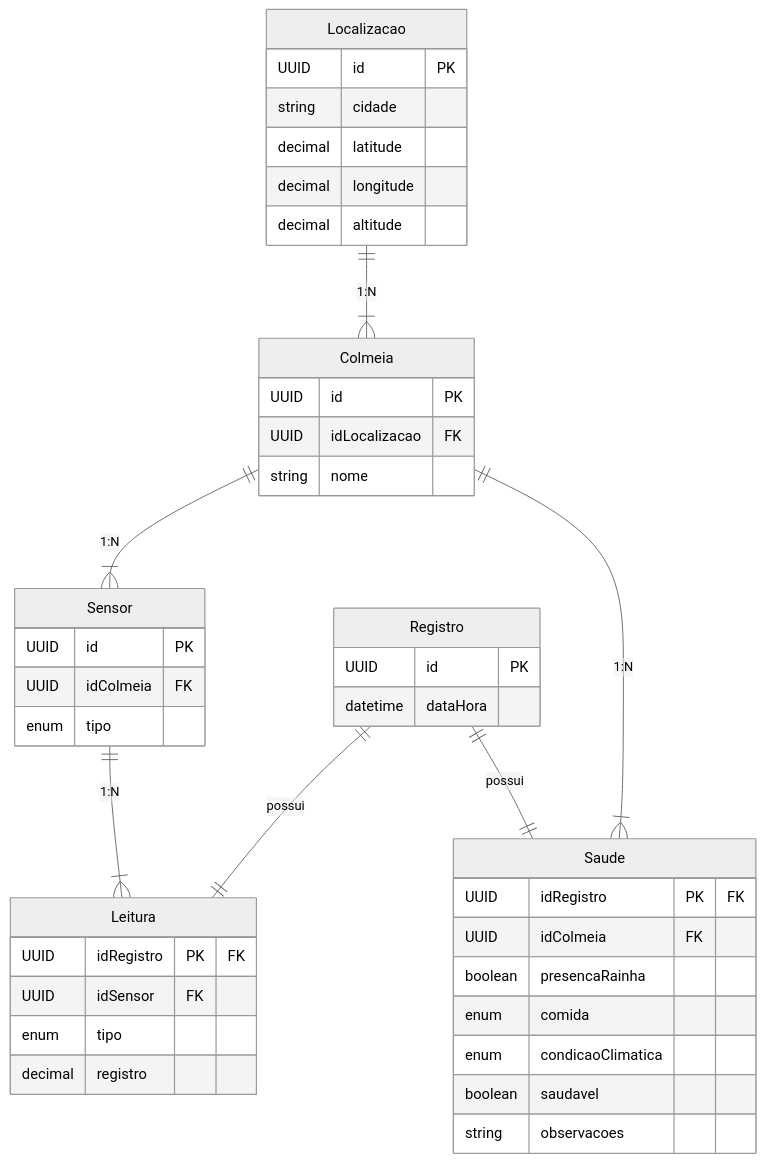
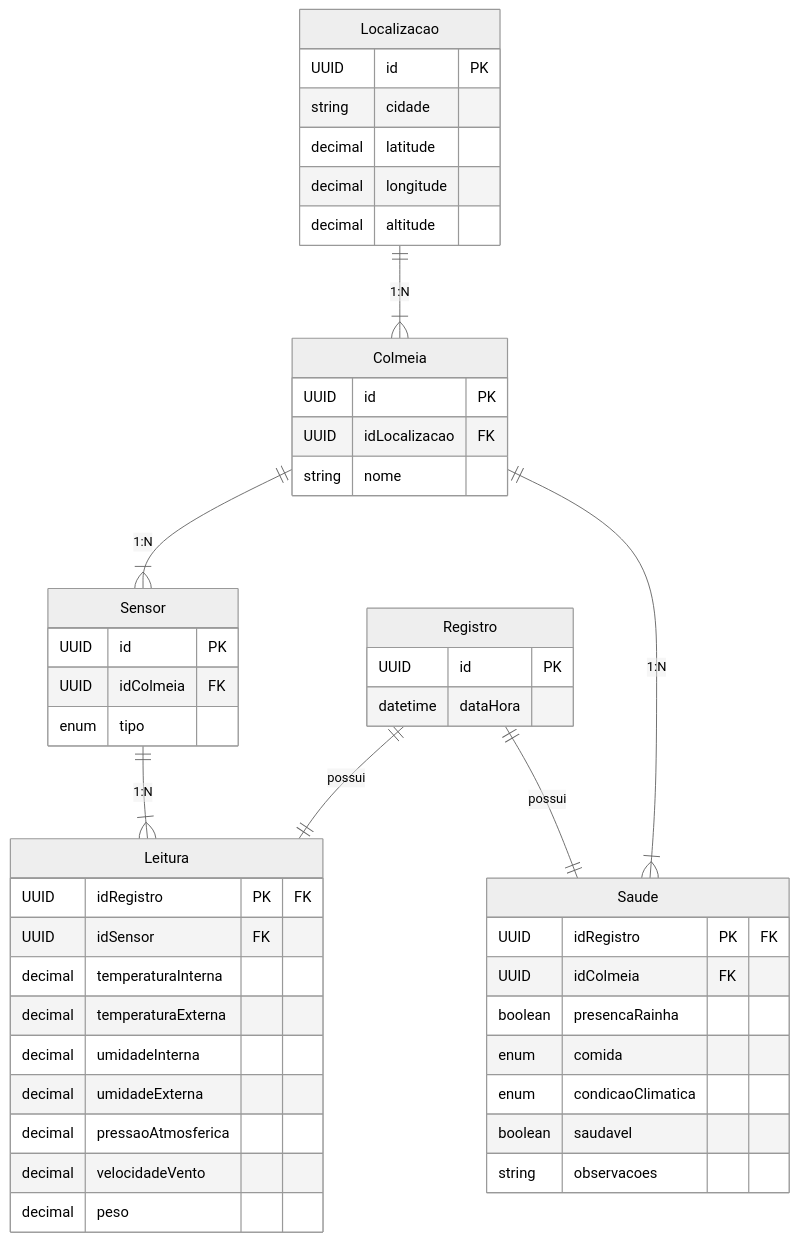
One commit to NataliaNogueira1/IniciacaoCientifica changed the diagram in registro-colmeia/documentacao/DiagramaMER.md. Above: the diagram before and after it, drawn with Mermaid (neutral theme).

Commit message:
Update DiagramaMER with new Leitura attributes
Added new fields for environmental metrics in Leitura.

````diff
--- a/registro-colmeia/documentacao/DiagramaMER.md
+++ b/registro-colmeia/documentacao/DiagramaMER.md
@@ -1,61 +1,58 @@
 ```mermaid
 erDiagram
 
     Localizacao {
         UUID id PK
         string cidade
         decimal latitude
         decimal longitude
         decimal altitude
     }
 
     Colmeia {
         UUID id PK
         UUID idLocalizacao FK
         string nome
     }
 
     Sensor {
         UUID id PK
         UUID idColmeia FK
         enum tipo
     }
 
     Registro {
         UUID id PK
         datetime dataHora
     }
 
     Leitura {
         UUID idRegistro PK "FK"
         UUID idSensor FK
-        enum tipo
-        decimal registro
+        decimal temperaturaInterna
+        decimal temperaturaExterna
+        decimal umidadeInterna
+        decimal umidadeExterna
+        decimal pressaoAtmosferica
+        decimal velocidadeVento
+        decimal peso
     }
 
     Saude {
         UUID idRegistro PK "FK"
         UUID idColmeia FK
         boolean presencaRainha
         enum comida
         enum condicaoClimatica
         boolean saudavel
         string observacoes
     }
 
     Localizacao ||--|{ Colmeia : "1:N"
     Colmeia ||--|{ Sensor : "1:N"
     Sensor ||--|{ Leitura : "1:N"
     Colmeia ||--|{ Saude : "1:N"
     Registro ||--|| Leitura : possui
     Registro ||--|| Saude : possui
 
-%% Opções de tipo de leitura
-%% decimal temperaturaInterna
-%% decimal temperaturaExterna
-%% decimal umidadeExterna
-%% decimal umidadeInterna
-%% decimal pressaoAtmosferica
-%% decimal velocidadeVento
-%% decimal peso
 ```
````
